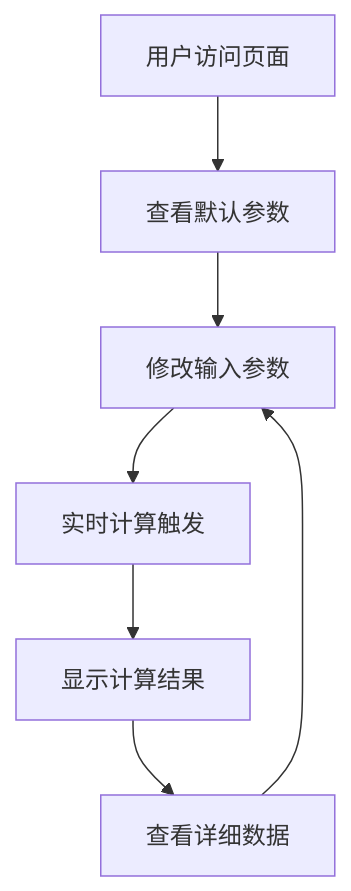
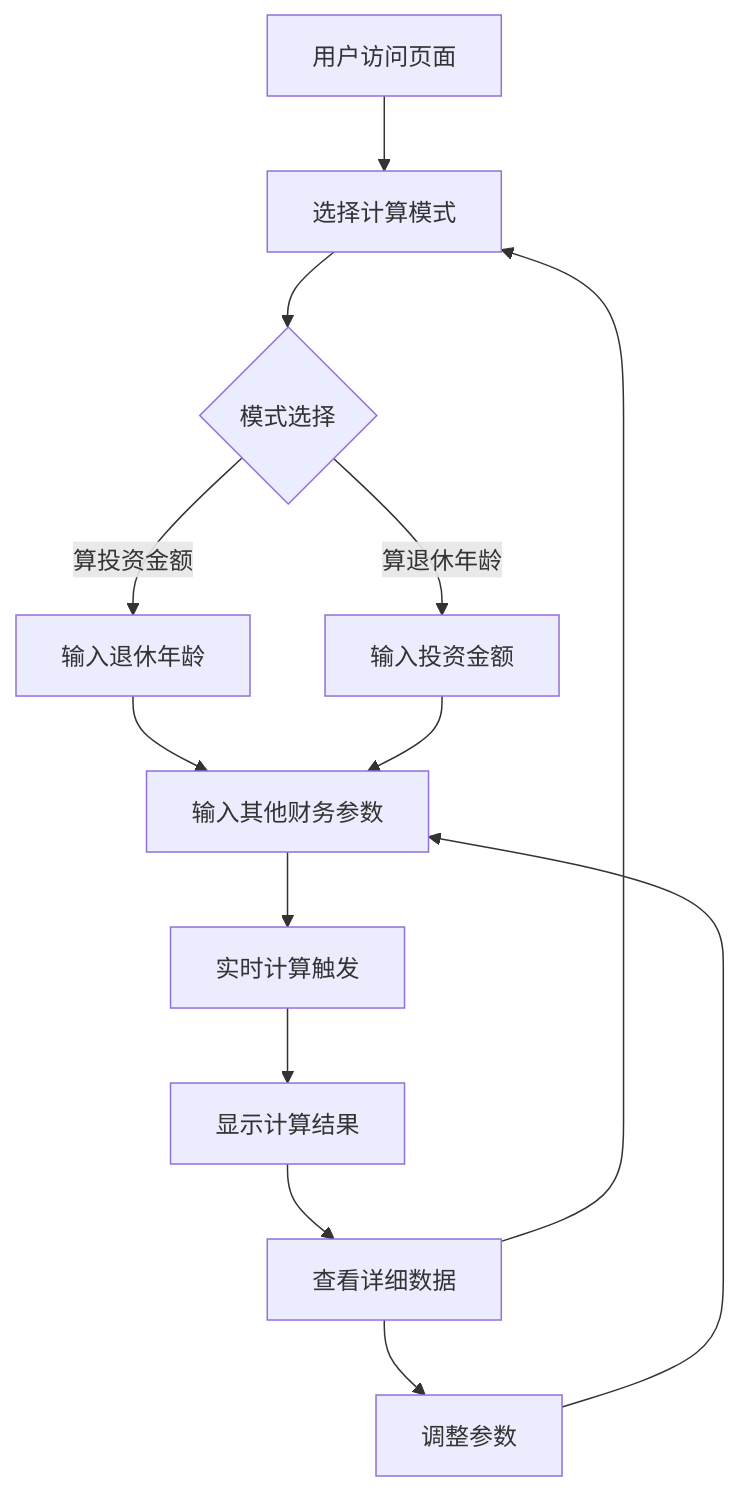
One commit to D351GN3R/Wealth-Shortcut changed the diagram in .trae/documents/退休财务自由计算器-产品需求文档.md. Above: the diagram before and after it, drawn with Mermaid. The commit also changed other lines of this file and 6 other files, not shown here.

````diff
--- a/.trae/documents/退休财务自由计算器-产品需求文档.md
+++ b/.trae/documents/退休财务自由计算器-产品需求文档.md
@@ -29,9 +45,15 @@
 ```mermaid
 graph TD
-    A[用户访问页面] --> B[查看默认参数]
-    B --> C[修改输入参数]
-    C --> D[实时计算触发]
-    D --> E[显示计算结果]
-    E --> F[查看详细数据]
-    F --> C
+    A[用户访问页面] --> B[选择计算模式]
+    B --> C{模式选择}
+    C -->|算投资金额| D[输入退休年龄]
+    C -->|算退休年龄| E[输入投资金额]
+    D --> F[输入其他财务参数]
+    E --> F
+    F --> G[实时计算触发]
+    G --> H[显示计算结果]
+    H --> I[查看详细数据]
+    I --> J[调整参数]
+    J --> F
+    I --> B
 ```
````
